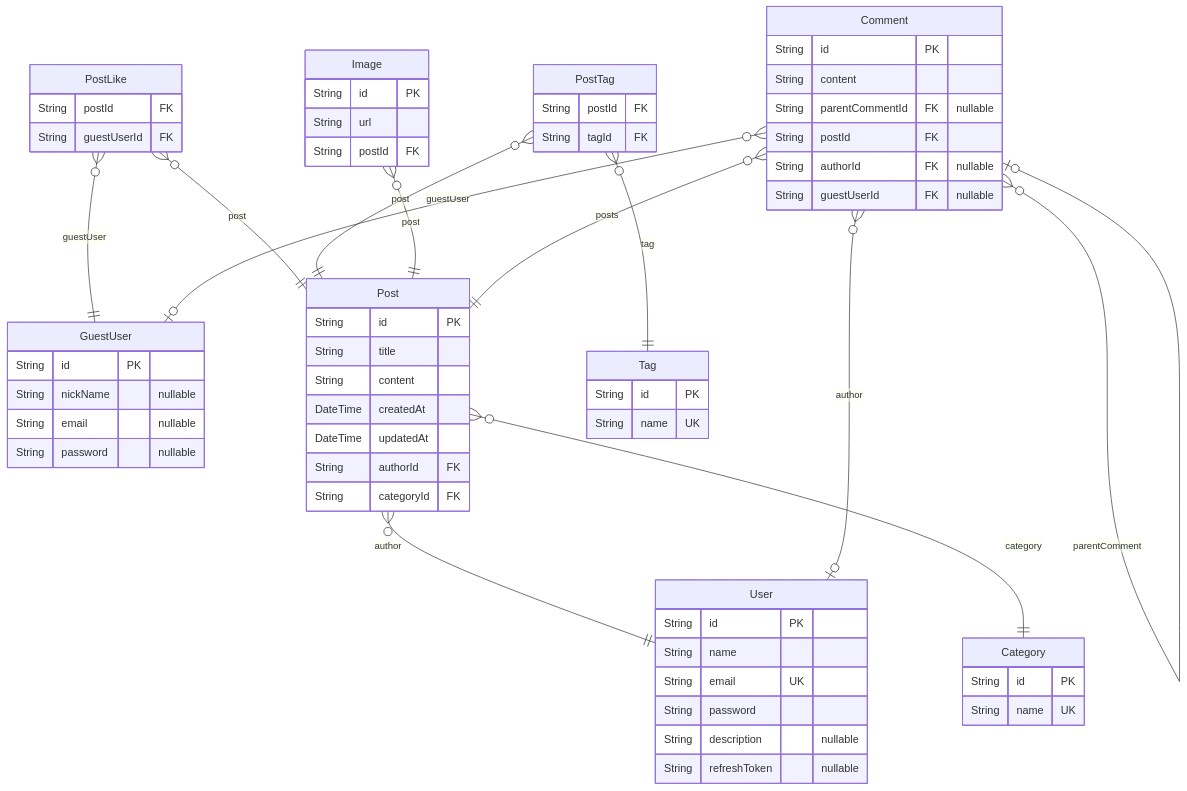
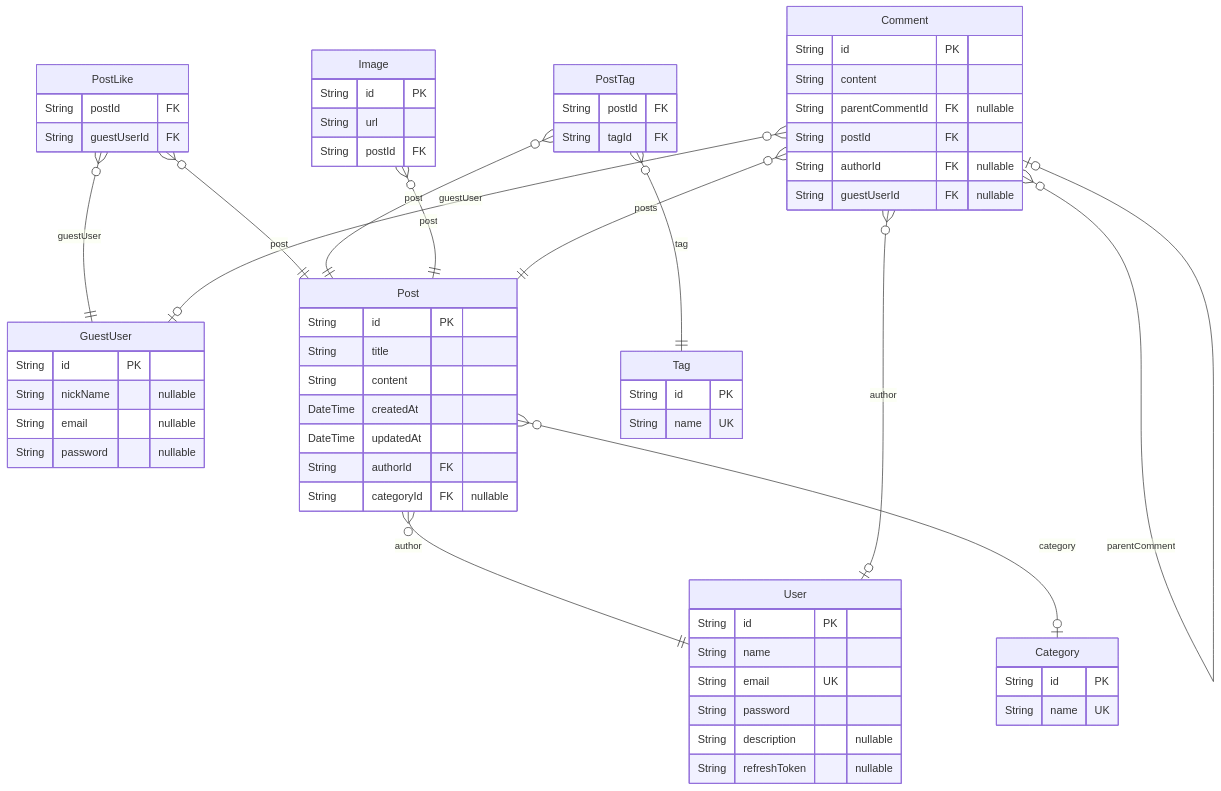
One commit to JongDeug/blog-backend changed the diagram in prisma/ERD.md. Above: the diagram before and after it, drawn with Mermaid. The commit also changed 3 other files, not shown here.

````diff
--- a/prisma/ERD.md
+++ b/prisma/ERD.md
@@ -7,66 +7,66 @@
 ```mermaid
 erDiagram
 "User" {
   String id PK
   String name
   String email UK
   String password
   String description "nullable"
   String refreshToken "nullable"
 }
 "GuestUser" {
   String id PK
   String nickName "nullable"
   String email "nullable"
   String password "nullable"
 }
 "PostLike" {
   String postId FK
   String guestUserId FK
 }
 "Post" {
   String id PK
   String title
   String content
   DateTime createdAt
   DateTime updatedAt
   String authorId FK
-  String categoryId FK
+  String categoryId FK "nullable"
 }
 "Tag" {
   String id PK
   String name UK
 }
 "PostTag" {
   String postId FK
   String tagId FK
 }
 "Image" {
   String id PK
   String url
   String postId FK
 }
 "Category" {
   String id PK
   String name UK
 }
 "Comment" {
   String id PK
   String content
   String parentCommentId FK "nullable"
   String postId FK
   String authorId FK "nullable"
   String guestUserId FK "nullable"
 }
 "PostLike" }o--|| "Post" : post
 "PostLike" }o--|| "GuestUser" : guestUser
 "Post" }o--|| "User" : author
-"Post" }o--|| "Category" : category
+"Post" }o--o| "Category" : category
 "PostTag" }o--|| "Post" : post
 "PostTag" }o--|| "Tag" : tag
 "Image" }o--|| "Post" : post
 "Comment" }o--o| "Comment" : parentComment
 "Comment" }o--|| "Post" : posts
 "Comment" }o--o| "User" : author
 "Comment" }o--o| "GuestUser" : guestUser
 ```
````
